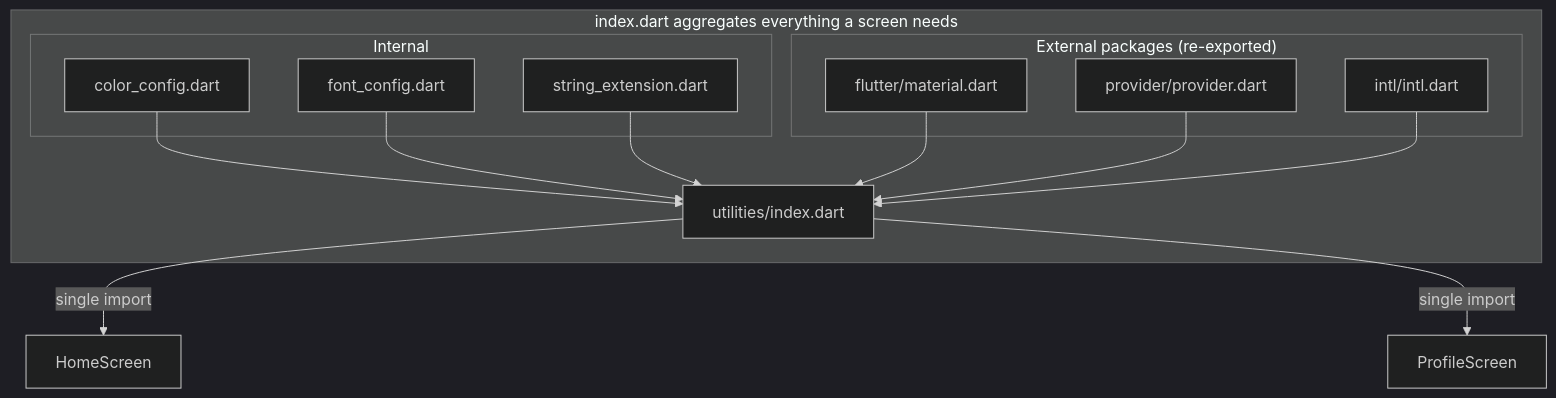
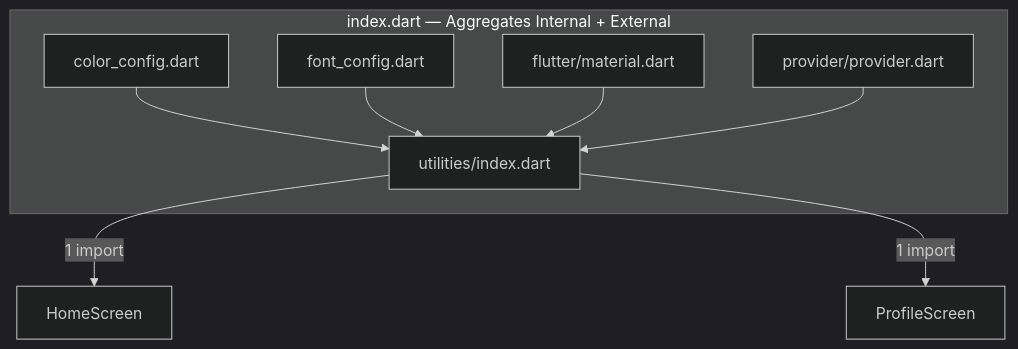
One commit to kasinadhsarma/flutter-skills changed the second of 4 diagrams in docs/skills.md. Above: the diagram before and after it, drawn with Mermaid (dark theme). The commit also changed other lines of this file, not shown here.

Commit message:
Refactor Flutter Barrel Imports documentation for clarity and organization, enhancing activation triggers and agent rules.

````diff
--- a/docs/skills.md
+++ b/docs/skills.md
@@ -167,21 +74,13 @@
 ```mermaid
 graph TD
-    subgraph "index.dart aggregates everything a screen needs"
+    subgraph "index.dart — Aggregates Internal + External"
+        CC["color_config.dart"]
+        FC["font_config.dart"]
+        FM["flutter/material.dart"]
+        PR["provider/provider.dart"]
         Idx["utilities/index.dart"]
-        subgraph Internal
-            CC["color_config.dart"]
-            FC["font_config.dart"]
-            SE["string_extension.dart"]
-        end
-        subgraph External["External packages (re-exported)"]
-            FM["flutter/material.dart"]
-            PR["provider/provider.dart"]
-            IT["intl/intl.dart"]
-        end
     end
-
-    CC & FC & SE --> Idx
-    FM & PR & IT --> Idx
-    Idx -->|"single import"| HS["HomeScreen"]
-    Idx -->|"single import"| PS["ProfileScreen"]
+    CC & FC & FM & PR --> Idx
+    Idx -->|"1 import"| S1["HomeScreen"]
+    Idx -->|"1 import"| S2["ProfileScreen"]
 ```
````
